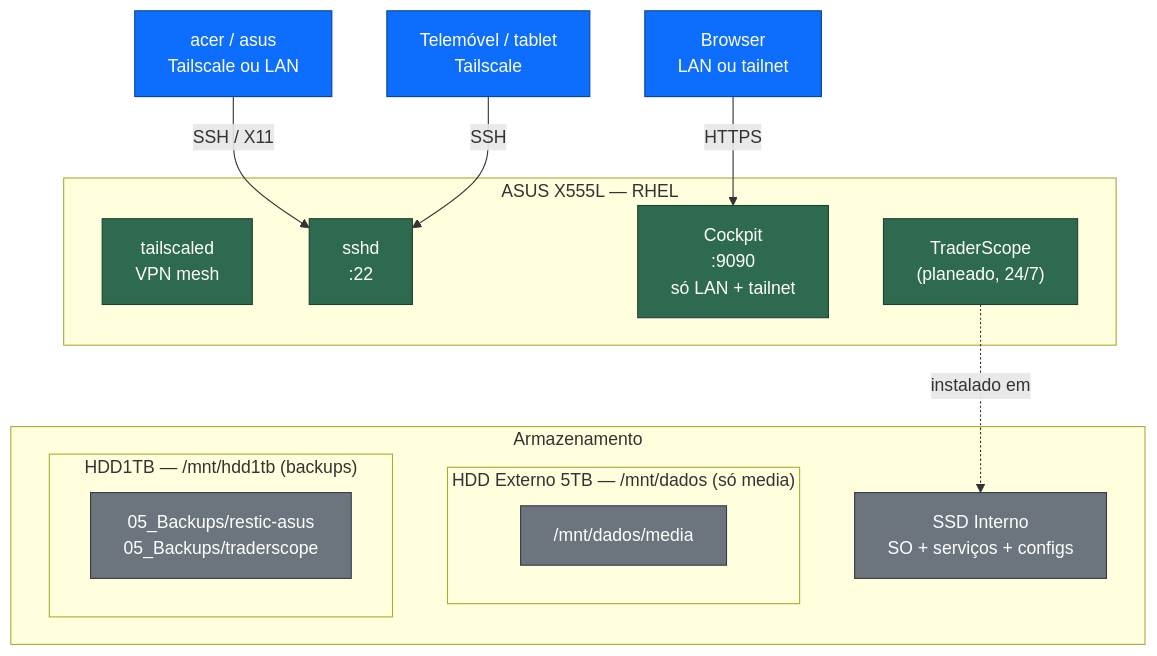
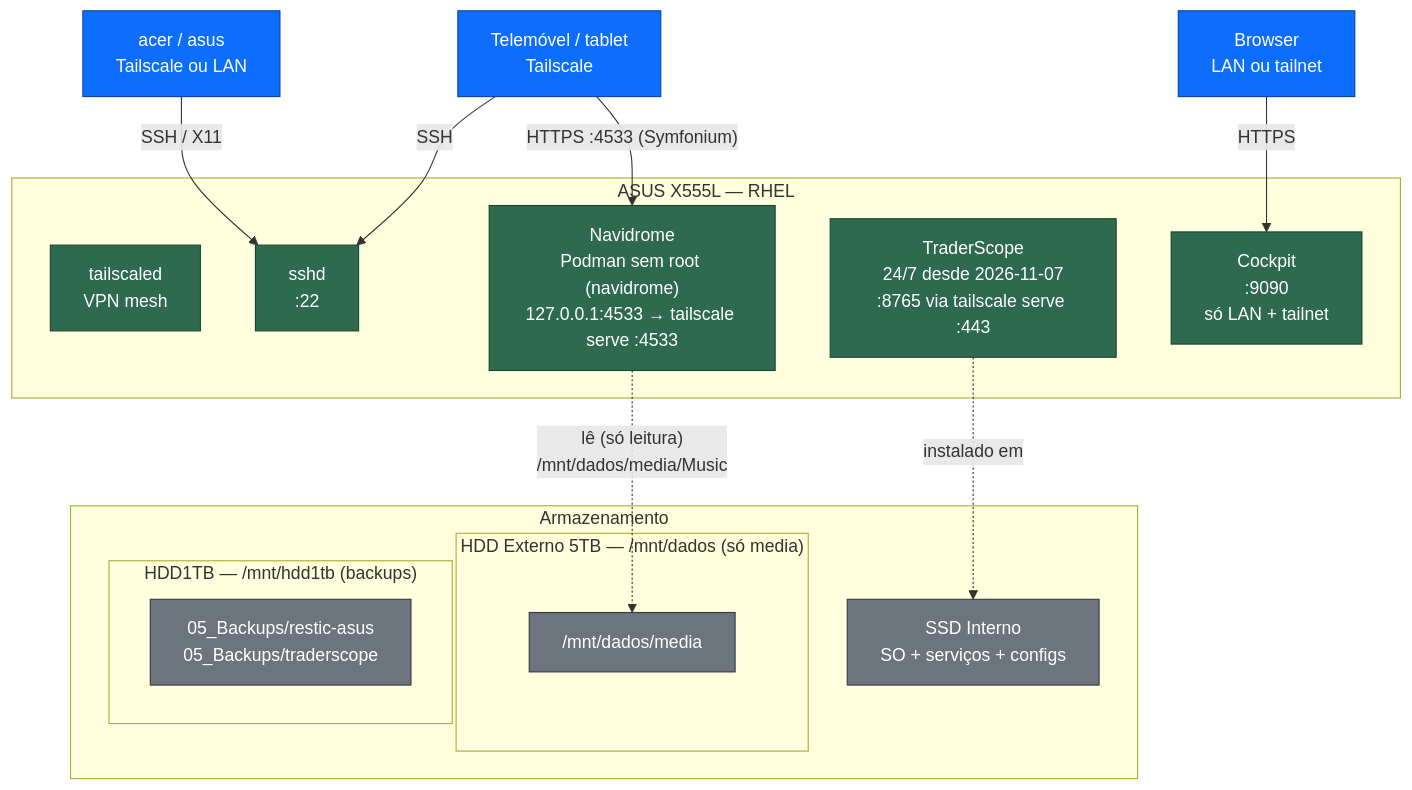
Before and after one commit to Kroatoan1979/001-26-home-server: the second of 3 diagrams in docs/diagrama-rede.md, drawn with Mermaid. The commit also changed 4 other files, not shown here.

Commit message:
Navidrome: 1.º serviço do media center (Podman sem root + Quadlet, tailscale serve), doc de estudo media/docs/01

````diff
--- a/docs/diagrama-rede.md
+++ b/docs/diagrama-rede.md
@@ -62,34 +62,37 @@
 ```mermaid
 graph TB
     subgraph Server["ASUS X555L — RHEL"]
         Tailscaled["tailscaled\nVPN mesh"]
         SSHD["sshd\n:22"]
 
         Cockpit["Cockpit\n:9090\nsó LAN + tailnet"]
-        TraderScope["TraderScope\n(planeado, 24/7)"]
+        TraderScope["TraderScope\n24/7 desde 2026-11-07\n:8765 via tailscale serve :443"]
+        Navidrome["Navidrome\nPodman sem root (navidrome)\n127.0.0.1:4533 → tailscale serve :4533"]
     end
 
     subgraph Storage["Armazenamento"]
         SSD_int["SSD Interno\nSO + serviços + configs"]
         subgraph HDD_ext["HDD Externo 5TB — /mnt/dados (só media)"]
             Media["/mnt/dados/media"]
         end
         subgraph HDD_bak["HDD1TB — /mnt/hdd1tb (backups)"]
             Backups["05_Backups/restic-asus\n05_Backups/traderscope"]
         end
     end
 
     TraderScope -.->|"instalado em"| SSD_int
+    Navidrome -.->|"lê (só leitura)\n/mnt/dados/media/Music"| Media
 
     WinPC["acer / asus\nTailscale ou LAN"] -->|"SSH / X11"| SSHD
     Phone["Telemóvel / tablet\nTailscale"] -->|"SSH"| SSHD
     Browser["Browser\nLAN ou tailnet"] -->|"HTTPS"| Cockpit
+    Phone -->|"HTTPS :4533 (Symfonium)"| Navidrome
 
     classDef service fill:#2d6a4f,color:#fff,stroke:#1b4332
     classDef storage fill:#6c757d,color:#fff,stroke:#343a40
     classDef client fill:#0d6efd,color:#fff,stroke:#084298
 
-    class Cockpit,SSHD,Tailscaled,TraderScope service
+    class Cockpit,SSHD,Tailscaled,TraderScope,Navidrome service
     class SSD_int,Backups,Media storage
     class WinPC,Phone,Browser client
 ```
````
